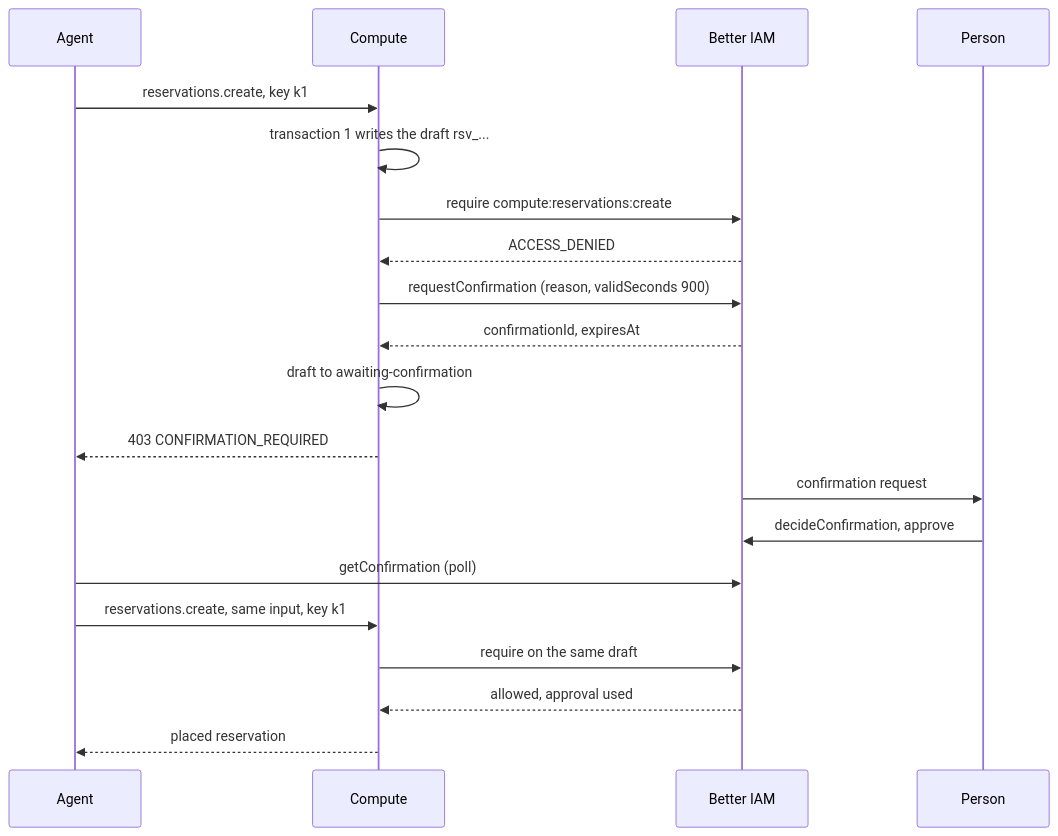
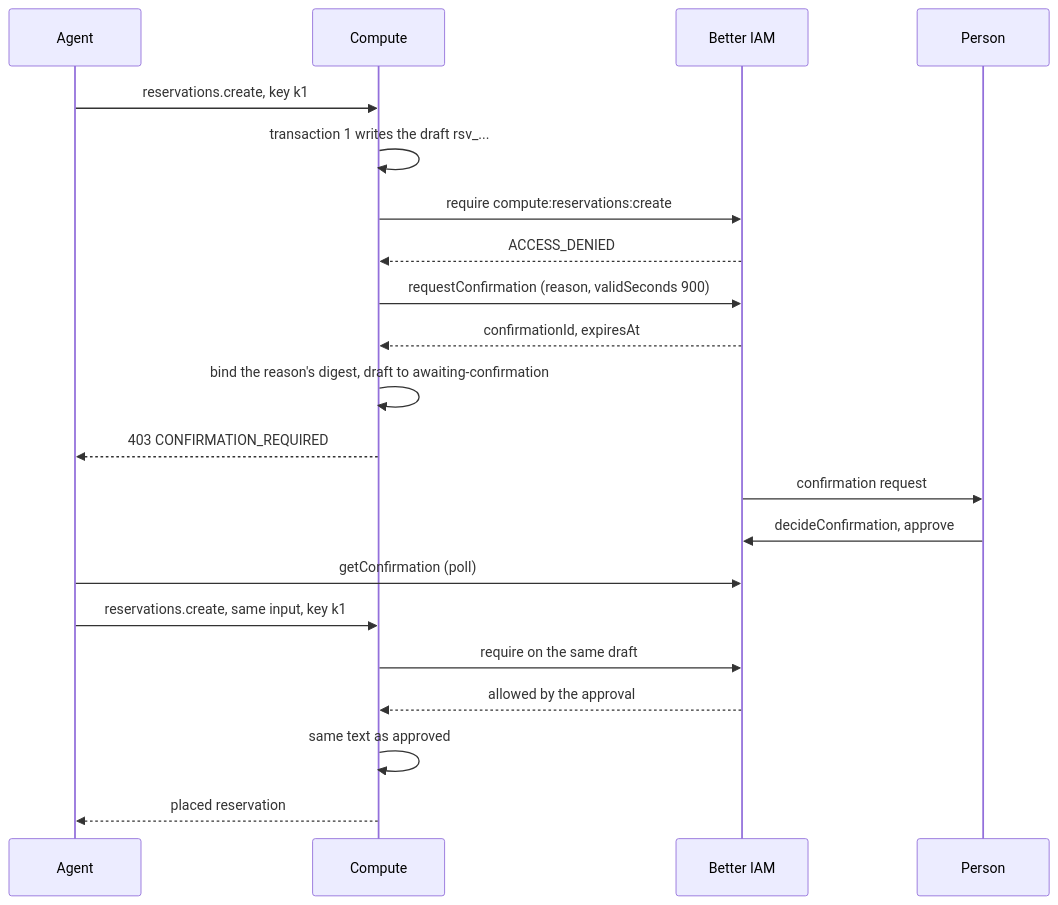
One commit to Better-Compute/better-compute changed the first of 2 diagrams in apps/docs/content/docs/guides/iam/delegated-confirmation.mdx. Above: the diagram before and after it, drawn with Mermaid. The commit also changed other lines of this file and 27 other files, not shown here.

````diff
--- a/apps/docs/content/docs/guides/iam/delegated-confirmation.mdx
+++ b/apps/docs/content/docs/guides/iam/delegated-confirmation.mdx
@@ -67,22 +71,23 @@
 ```mermaid
 sequenceDiagram
   participant A as Agent
   participant C as Compute
   participant I as Better IAM
   participant P as Person
   A->>C: reservations.create, key k1
   C->>C: transaction 1 writes the draft rsv_...
   C->>I: require compute:reservations:create
   I-->>C: ACCESS_DENIED
   C->>I: requestConfirmation (reason, validSeconds 900)
   I-->>C: confirmationId, expiresAt
-  C->>C: draft to awaiting-confirmation
+  C->>C: bind the reason's digest, draft to awaiting-confirmation
   C-->>A: 403 CONFIRMATION_REQUIRED
   I->>P: confirmation request
   P->>I: decideConfirmation, approve
   A->>I: getConfirmation (poll)
   A->>C: reservations.create, same input, key k1
   C->>I: require on the same draft
-  I-->>C: allowed, approval used
+  I-->>C: allowed by the approval
+  C->>C: same text as approved
   C-->>A: placed reservation
 ```
````
